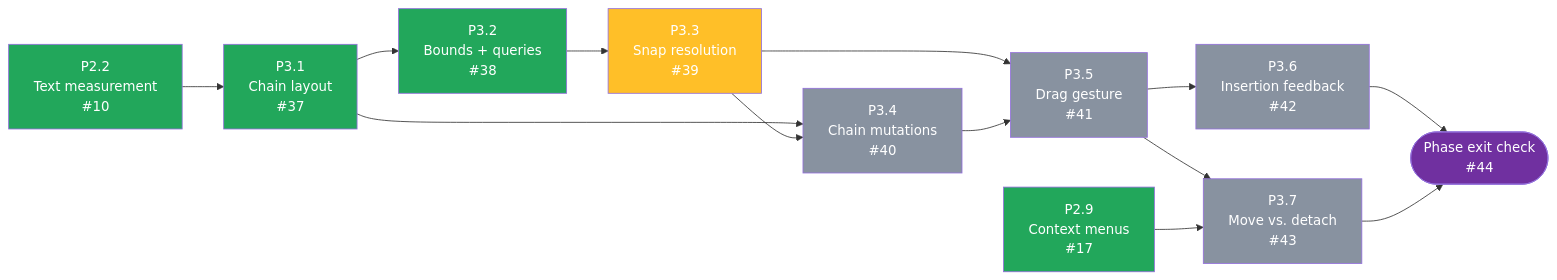
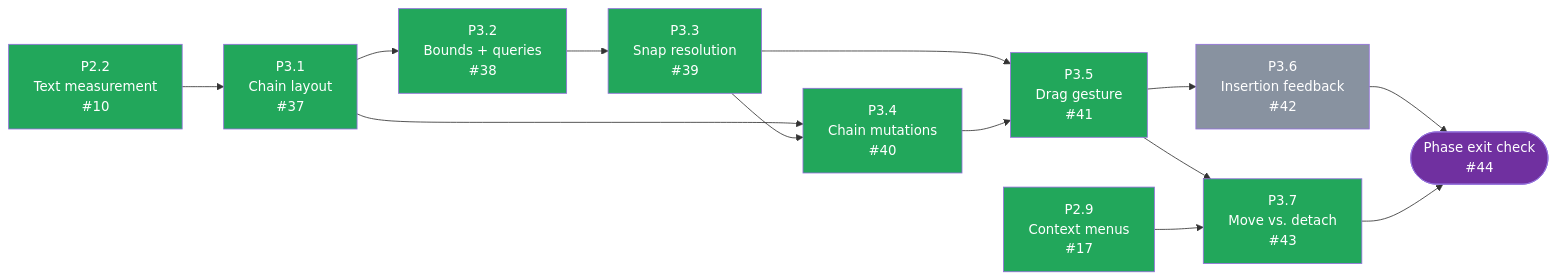
Before and after one commit to tousifosman/CalcMind: the second of 2 diagrams in docs/DEVELOPMENT_PLAN.md, drawn with Mermaid. The commit also changed other lines of this file and 3 other files, not shown here.

````diff
--- a/docs/DEVELOPMENT_PLAN.md
+++ b/docs/DEVELOPMENT_PLAN.md
@@ -328,37 +328,37 @@
 ```mermaid
 flowchart LR
     P22["P2.2<br/>Text measurement<br/>#10"]
     P29["P2.9<br/>Context menus<br/>#17"]
     P31["P3.1<br/>Chain layout<br/>#37"]
     P32["P3.2<br/>Bounds + queries<br/>#38"]
     P33["P3.3<br/>Snap resolution<br/>#39"]
     P34["P3.4<br/>Chain mutations<br/>#40"]
     P35["P3.5<br/>Drag gesture<br/>#41"]
     P36["P3.6<br/>Insertion feedback<br/>#42"]
     P37["P3.7<br/>Move vs. detach<br/>#43"]
     EXIT(["Phase exit check<br/>#44"])
 
     P22 --> P31
     P31 --> P32
     P32 --> P33
     P31 --> P34
     P33 --> P34
     P33 --> P35
     P34 --> P35
     P35 --> P36
     P35 --> P37
     P29 --> P37
     P36 --> EXIT
     P37 --> EXIT
 
     style P22 fill:#22A75B,color:#fff
     style P29 fill:#22A75B,color:#fff
     style P31 fill:#22A75B,color:#fff
     style P32 fill:#22A75B,color:#fff
-    style P33 fill:#FFBF28,color:#fff
-    style P34 fill:#8892A0,color:#fff
-    style P35 fill:#8892A0,color:#fff
+    style P33 fill:#22A75B,color:#fff
+    style P34 fill:#22A75B,color:#fff
+    style P35 fill:#22A75B,color:#fff
     style P36 fill:#8892A0,color:#fff
-    style P37 fill:#8892A0,color:#fff
+    style P37 fill:#22A75B,color:#fff
     style EXIT fill:#7030A0,color:#fff
 ```
````
